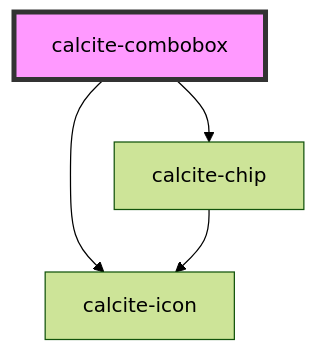
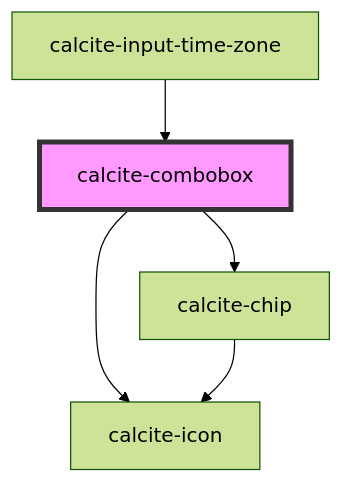
One commit to vikivakarvc/calcite-design-system changed the diagram in packages/calcite-components/src/components/combobox/readme.md. Above: the diagram before and after it, drawn with Mermaid (forest theme). The commit also changed other lines of this file and 91 other files, not shown here.

````diff
--- a/packages/calcite-components/src/components/combobox/readme.md
+++ b/packages/calcite-components/src/components/combobox/readme.md
@@ -129,7 +152,8 @@
 ```mermaid
 graph TD;
   calcite-combobox --> calcite-chip
   calcite-combobox --> calcite-icon
   calcite-chip --> calcite-icon
+  calcite-input-time-zone --> calcite-combobox
   style calcite-combobox fill:#f9f,stroke:#333,stroke-width:4px
 ```
````
